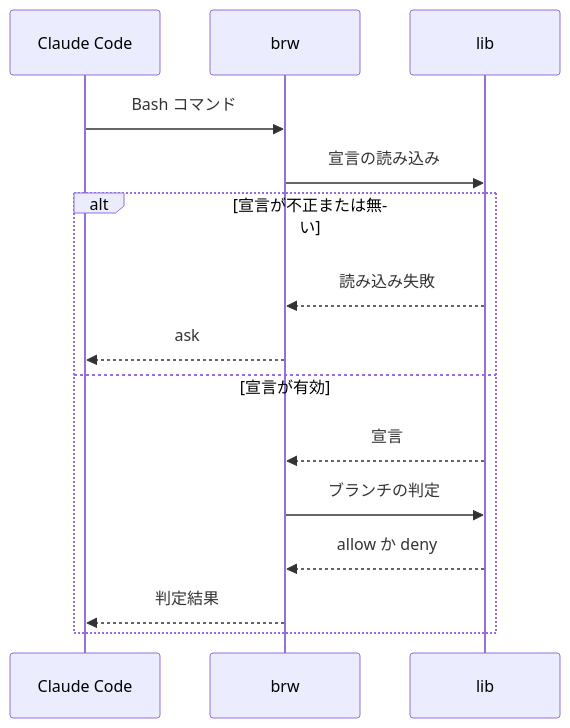
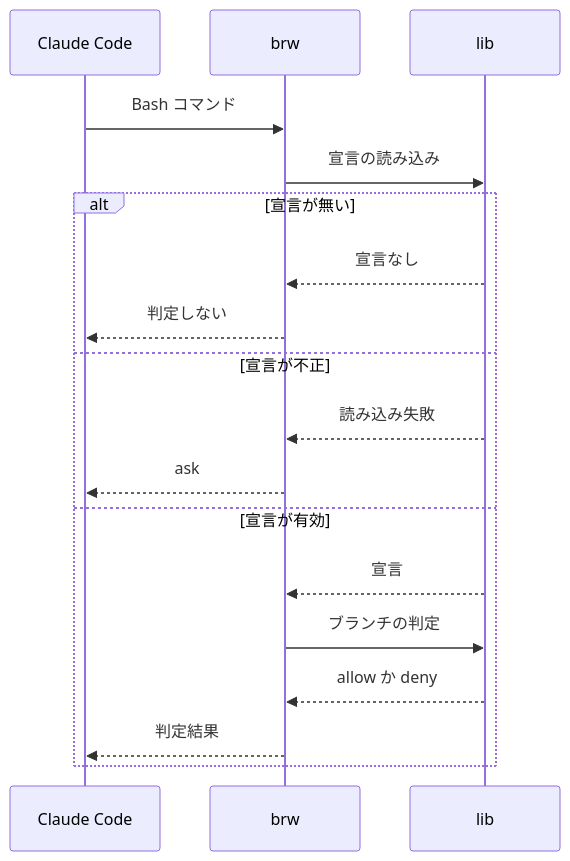
Before and after one commit to nekono-dev/branch-release-workflow: the second of 2 diagrams in specs/branch-guard/design.md, drawn with Mermaid. The commit also changed other lines of this file and 56 other files, not shown here.

````diff
--- a/specs/branch-guard/design.md
+++ b/specs/branch-guard/design.md
@@ -27,17 +28,20 @@
 ```mermaid
 sequenceDiagram
   participant ext_claude as Claude Code
   participant brw
   participant lib
   ext_claude->>brw: Bash コマンド
   brw->>lib: 宣言の読み込み
-  alt 宣言が不正または無い
+  alt 宣言が無い
+    lib-->>brw: 宣言なし
+    brw-->>ext_claude: 判定しない
+  else 宣言が不正
     lib-->>brw: 読み込み失敗
     brw-->>ext_claude: ask
   else 宣言が有効
     lib-->>brw: 宣言
     brw->>lib: ブランチの判定
     lib-->>brw: allow か deny
     brw-->>ext_claude: 判定結果
   end
 ```
````
